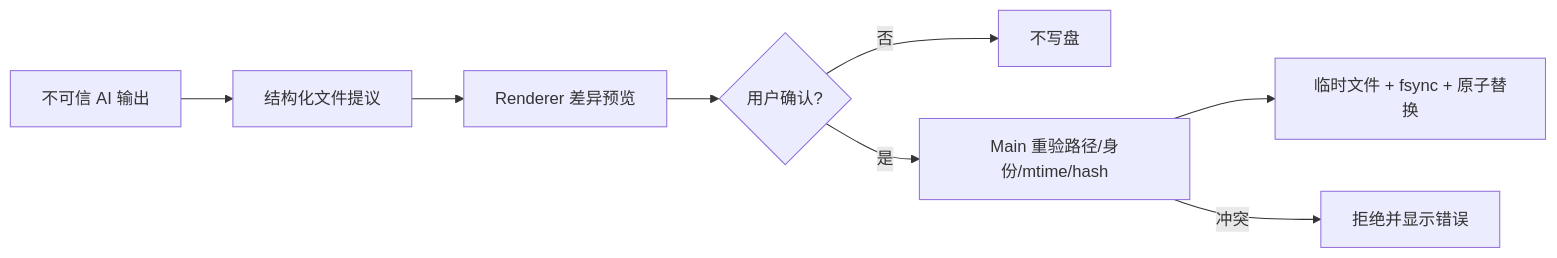
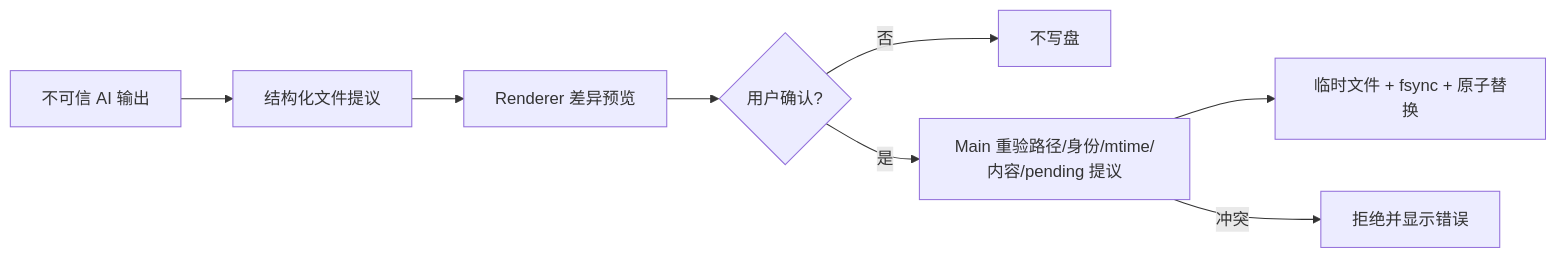
The diagram in docs/security-and-ai-shell.md (UESTC-ly/CoScribe), drawn with Mermaid before and after one commit. The commit also changed other lines of this file and 96 other files, not shown here.

````diff
--- a/docs/security-and-ai-shell.md
+++ b/docs/security-and-ai-shell.md
@@ -31,10 +31,10 @@
 ```mermaid
 flowchart LR
   Model[不可信 AI 输出] --> Proposal[结构化文件提议]
   Proposal --> Preview[Renderer 差异预览]
   Preview --> Confirm{用户确认?}
   Confirm -->|否| Drop[不写盘]
-  Confirm -->|是| Recheck[Main 重验路径/身份/mtime/hash]
+  Confirm -->|是| Recheck[Main 重验路径/身份/mtime/内容/pending 提议]
   Recheck --> Atomic[临时文件 + fsync + 原子替换]
   Recheck -->|冲突| Reject[拒绝并显示错误]
 ```
````
